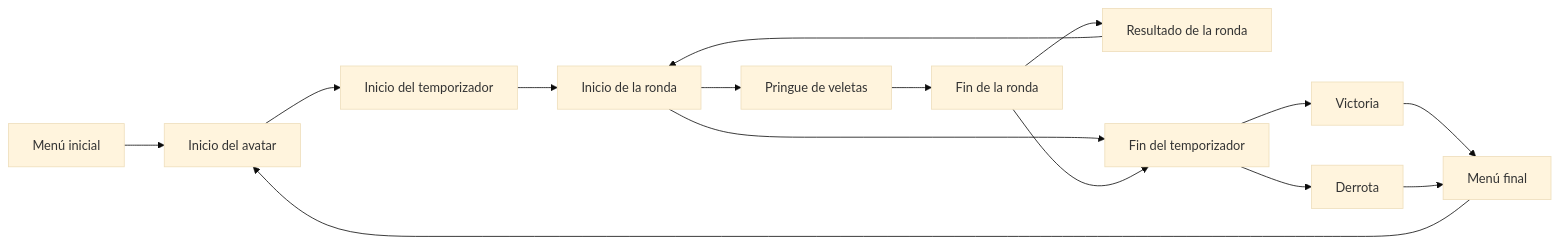
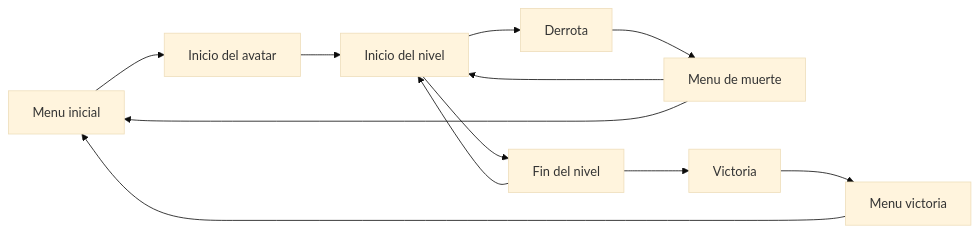
Before and after one commit to dsanch12/DEV25-Sanchez: the second of 3 diagrams in README.md, drawn with Mermaid (base theme). The commit also changed other lines of this file, not shown here.

````diff
--- a/README.md
+++ b/README.md
@@ -153,17 +96,14 @@
 ```mermaid
 graph LR;
-    menuInicial[Menú inicial]--> iniAvatar[Inicio del avatar];
-    iniAvatar[Inicio del avatar]-->iniTemp[Inicio del temporizador];
-    iniTemp[Inicio del temporizador]-->iniRonda[Inicio de la ronda];
-    iniRonda[Inicio de la ronda]-->veletasPringadas[Pringue de veletas];
-    veletasPringadas[Pringue de veletas]-->finRonda[Fin de la ronda];
-    finRonda[Fin de la ronda]-->resulRonda[Resultado de la ronda];
-    resulRonda[Resultado de la ronda]-->iniRonda[Inicio de la ronda];
-    iniRonda[Inicio de la ronda]-->finTemp[Fin del temporizador];
-    finRonda[Fin de la ronda]-->finTemp[Fin del temporizador];
-    finTemp[Fin del temporizador]-->victoria[Victoria];
-    finTemp[Fin del temporizador]-->derrota[Derrota];
-    victoria[Victoria]-->menuFinal[Menú final];
-    derrota[Derrota]-->menuFinal[Menú final];
-    menuFinal[Menú final]--> iniAvatar[Inicio del avatar];
+    menuInicial[Menu inicial]--> iniAvatar[Inicio del avatar];
+    iniAvatar[Inicio del avatar]-->iniNivel[Inicio del nivel];
+    iniNivel[Inicio del nivel]-->derrota[Derrota];
+    iniNivel[Inicio del nivel]-->finNivel[Fin del nivel];
+    derrota[Derrota]-->menuMuerte[Menu de muerte];
+    menuMuerte[Menu de muerte]-->iniNivel[Inicio del nivel];
+    menuMuerte[Menu de muerte]-->menuInicial[Menu inicial]
+    finNivel[Fin del nivel]-->iniNivel[Inicio del nivel];
+    finNivel[Fin del nivel]-->victoria[Victoria];
+    victoria[Victoria]-->menuVict[Menu victoria];
+    menuVict[Menu victoria]-->menuInicial[Menu inicial];
 ```
````
